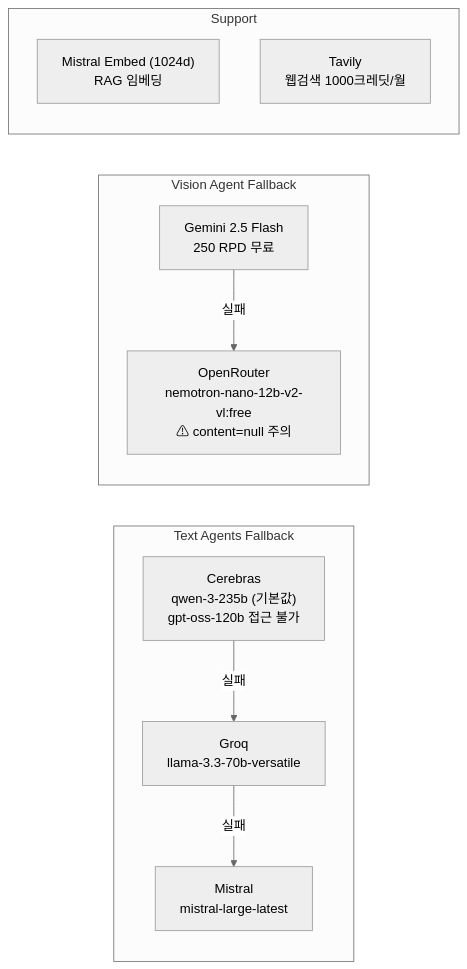
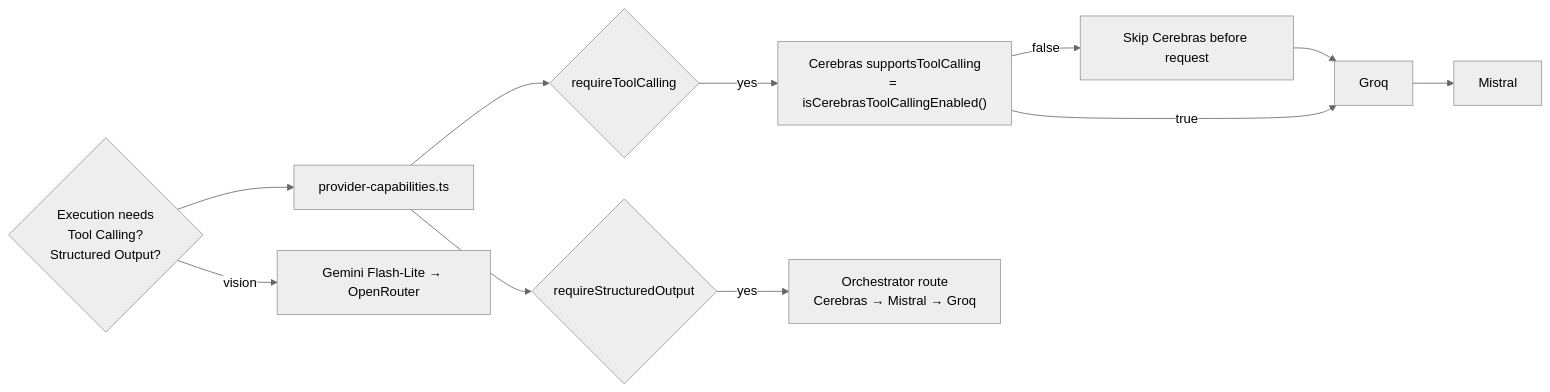
One commit to skyasu2/openmanager-ai changed the second of 2 diagrams in docs/reference/architecture/ai/ai-engine-architecture.md. Above: the diagram before and after it, drawn with Mermaid (neutral theme). The commit also changed other lines of this file and 2 other files, not shown here.

Commit message:
docs(ai): refresh architecture and vision routing docs

````diff
--- a/docs/reference/architecture/ai/ai-engine-architecture.md
+++ b/docs/reference/architecture/ai/ai-engine-architecture.md
@@ -67,16 +79,15 @@
 ```mermaid
 flowchart LR
-    subgraph Text["Text Agents Fallback"]
-        C["Cerebras\nqwen-3-235b (기본값)\ngpt-oss-120b 접근 불가"] -->|실패| G["Groq\nllama-3.3-70b-versatile"]
-        G -->|실패| M["Mistral\nmistral-large-latest"]
-    end
+    Need{"Execution needs\nTool Calling?\nStructured Output?"} --> Caps["provider-capabilities.ts"]
+    Caps --> TC{"requireToolCalling"}
+    Caps --> SO{"requireStructuredOutput"}
 
-    subgraph Vis["Vision Agent Fallback"]
-        GV["Gemini 2.5 Flash\n250 RPD 무료"] -->|실패| OR["OpenRouter\nnemotron-nano-12b-v2-vl:free\n⚠ content=null 주의"]
-    end
+    TC -->|yes| CerebrasTool["Cerebras supportsToolCalling\n= isCerebrasToolCallingEnabled()"]
+    CerebrasTool -->|false| Skip["Skip Cerebras before request"]
+    Skip --> Groq["Groq"]
+    Groq --> Mistral["Mistral"]
+    CerebrasTool -->|true| Groq
 
-    subgraph Sup["Support"]
-        ME["Mistral Embed (1024d)\nRAG 임베딩"]
-        TV["Tavily\n웹검색 1000크레딧/월"]
-    end
+    SO -->|yes| Structured["Orchestrator route\nCerebras → Mistral → Groq"]
+    Need -->|vision| Vision["Gemini Flash-Lite → OpenRouter"]
 ```
````
